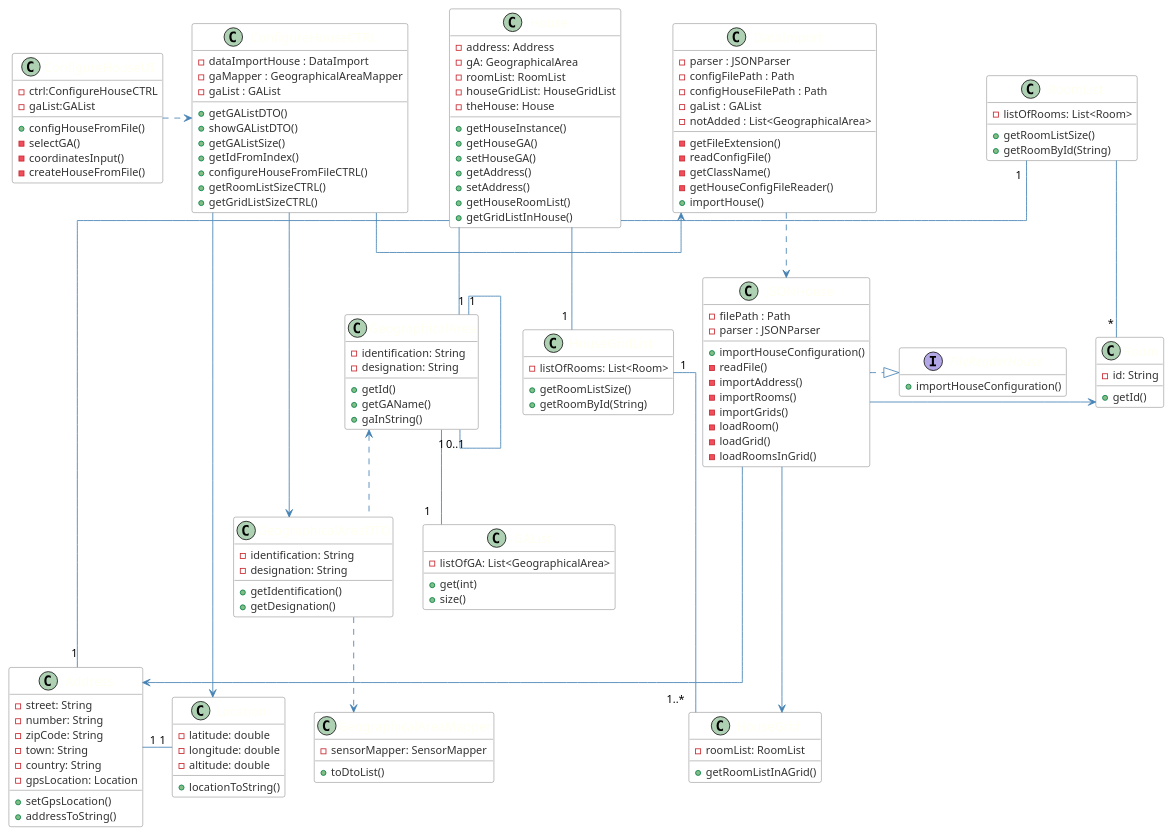
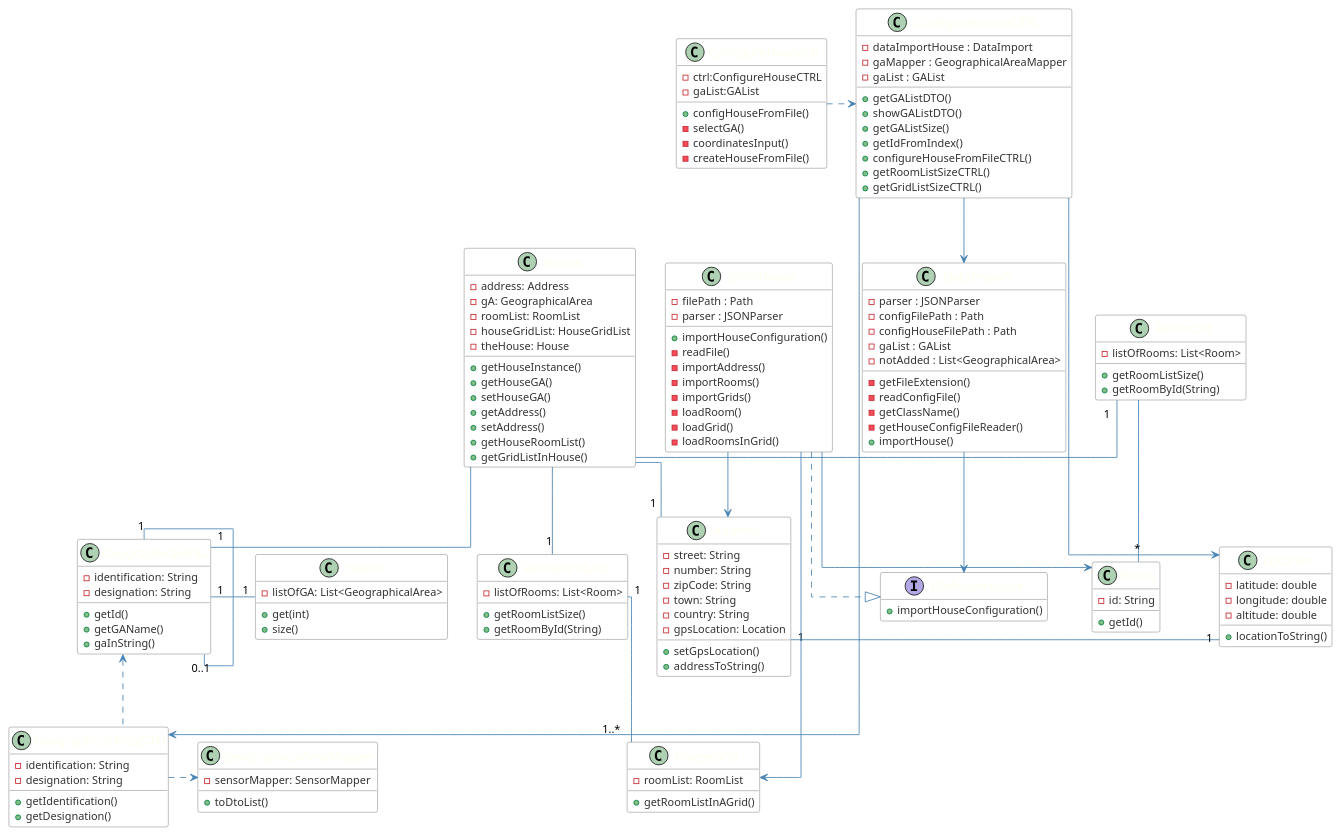
Before and after one commit to emanuel-pereira/hou: the diagram in src/main/java/smarthome/controller/classDiagrams/cd_ConfigureHouseFromFile.puml, drawn with PlantUML. The commit also changed 2 other files, not shown here.

Commit message:
Fix #148: Correction of ConfigureHouseFromFile sequence diagram Fix #160: Correction of ConfigureHouseFromFile class diagram

```diff
--- a/src/main/java/smarthome/controller/classDiagrams/cd_ConfigureHouseFromFile.puml
+++ b/src/main/java/smarthome/controller/classDiagrams/cd_ConfigureHouseFromFile.puml
@@ -1,187 +1,187 @@
 @startuml
 skinparam linetype ortho
 hide empty members
 
 skinparam class {
 	ArrowColor SteelBlue
 	BorderColor Dimgray
 	HeaderBackgroundColor SteelBlue
 	BackgroundColor White
 	FontName Calibri bold
 	AttributeFontColor #333
 	AttributeFontName Calibri
 	AttributeFontSize 13
 	FontColor Ivory
 	FontSize 15
 }
 
 'UI
 class ConfigureHouseUI {
 - ctrl:ConfigureHouseCTRL
 - gaList:GAList
 
 + configHouseFromFile()
 - selectGA()
 - coordinatesInput()
 - createHouseFromFile()
 }
 
 'CONTROLLER
 class ConfigureHouseCTRL {
 - dataImportHouse : DataImport
 - gaMapper : GeographicalAreaMapper
 - gaList : GAList
 + getGAListDTO()
 + showGAListDTO()
 + getGAListSize()
 + getIdFromIndex()
 + configureHouseFromFileCTRL()
 + getRoomListSizeCTRL()
 + getGridListSizeCTRL()
 }
 
 'DTO
 class GeographicalAreaDTO{
 - identification: String
 - designation: String
 + getIdentification()
 + getDesignation()
 }
 
 'MAPPER
 class GeographicalAreaMapper {
 - sensorMapper: SensorMapper
 + toDtoList()
 }
 
 'MODEL.READERS
 class DataImport{
 - parser : JSONParser
 - configFilePath : Path
 - configHouseFilePath : Path
 - gaList : GAList
 - notAdded : List<GeographicalArea>
 - getFileExtension()
 - readConfigFile()
 - getClassName()
 - getHouseConfigFileReader()
 + importHouse()
 }
 
 interface FileReaderHouse {
 + importHouseConfiguration()
 }
 
 class JSONHouse {
 - filePath : Path
 - parser : JSONParser
 
 + importHouseConfiguration()
 - readFile()
 - importAddress()
 - importRooms()
 - importGrids()
 - loadRoom()
 - loadGrid()
 - loadRoomsInGrid()
 }
 
 'MODEL
 class GAList{
 - listOfGA: List<GeographicalArea>
 + get(int)
 + size()
 }
 
 class GeographicalArea{
  - identification: String
  - designation: String
  + getId()
  + getGAName()
  + gaInString()
 
  }
 
 class House {
 - address: Address
 - gA: GeographicalArea
 - roomList: RoomList
 - houseGridList: HouseGridList
 - theHouse: House
 + getHouseInstance()
 + getHouseGA()
 + setHouseGA()
 + getAddress()
 + setAddress()
 + getHouseRoomList()
 + getGridListInHouse()
 }
 
 class RoomList {
 - listOfRooms: List<Room>
 + getRoomListSize()
 + getRoomById(String)
 }
 
 class Room{
 - id: String
 + getId()
 }
 
 class HouseGridList {
 - listOfRooms: List<Room>
 + getRoomListSize()
 + getRoomById(String)
 }
 
 class HouseGrid {
 - roomList: RoomList
 + getRoomListInAGrid()
 }
 
 
  class Address{
  - street: String
  - number: String
  - zipCode: String
  - town: String
  - country: String
  - gpsLocation: Location
 + setGpsLocation()
 + addressToString()
  }
 
 class Location{
 - latitude: double
 - longitude: double
 - altitude: double
 + locationToString()
 }
 
 ConfigureHouseUI .> ConfigureHouseCTRL
 ConfigureHouseCTRL --> GeographicalAreaDTO
-ConfigureHouseCTRL --> Location
-ConfigureHouseCTRL -> DataImport
-DataImport ..> JSONHouse
+ConfigureHouseCTRL ---> Location
+ConfigureHouseCTRL --> DataImport
+DataImport --> FileReaderHouse
 
-GeographicalArea"1" -- "1" GAList
+GeographicalArea"1" - "1" GAList
 GeographicalArea "1"-- "0..1"GeographicalArea
 House -- "1" GeographicalArea
 House -- "1" Address
 Address"1" - "1"Location
 
 House - "1" RoomList
-RoomList -- "*" Room
+RoomList - "*" Room
 
 House -- "1"HouseGridList
-HouseGridList "1  " --- "1..*"HouseGrid
+HouseGridList "1  " -- "1..*"HouseGrid
 
 GeographicalArea <.. GeographicalAreaDTO
-GeographicalAreaDTO ..> GeographicalAreaMapper
+GeographicalAreaDTO .> GeographicalAreaMapper
 
 JSONHouse .|> FileReaderHouse
-JSONHouse ---> Address
-JSONHouse -> Room
+JSONHouse --> Address
+JSONHouse --> Room
 JSONHouse --> HouseGrid
 
 @enduml
```
